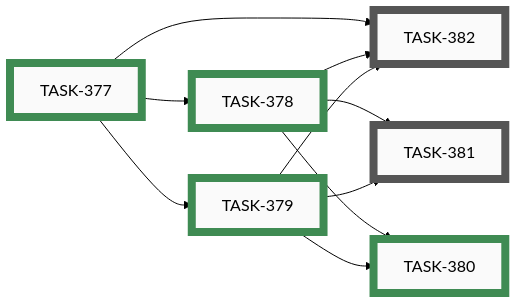
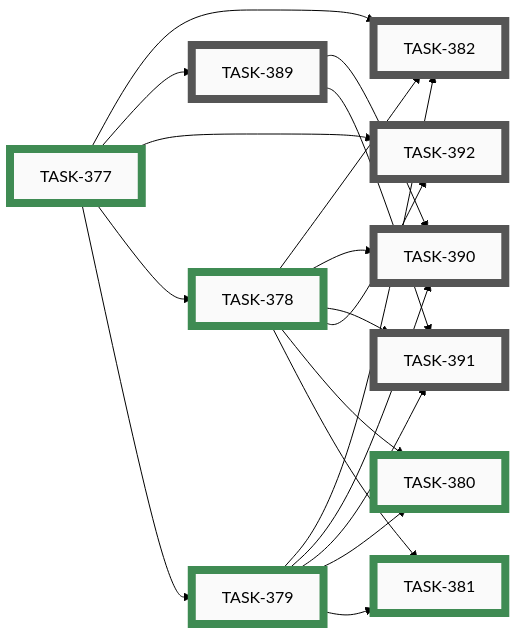
The ninth of 11 diagrams in docs/developers/tasks/EPICS.md (tgd1975/AwesomeGuitarPedal), drawn with Mermaid (forest theme) before and after one commit. The commit also changed other lines of this file and 7 other files, not shown here.

````diff
--- a/docs/developers/tasks/EPICS.md
+++ b/docs/developers/tasks/EPICS.md
@@ -305,32 +305,49 @@
 ```mermaid
 graph LR
-    TASK_381["TASK-381"]:::open
     TASK_382["TASK-382"]:::open
+    TASK_389["TASK-389"]:::open
+    TASK_390["TASK-390"]:::open
+    TASK_391["TASK-391"]:::open
+    TASK_392["TASK-392"]:::open
     TASK_377["TASK-377"]:::closed
     TASK_378["TASK-378"]:::closed
     TASK_379["TASK-379"]:::closed
     TASK_380["TASK-380"]:::closed
-    TASK_378 --> TASK_381
-    TASK_379 --> TASK_381
+    TASK_381["TASK-381"]:::closed
     TASK_377 --> TASK_382
     TASK_378 --> TASK_382
     TASK_379 --> TASK_382
+    TASK_377 --> TASK_389
+    TASK_378 --> TASK_390
+    TASK_379 --> TASK_390
+    TASK_389 --> TASK_390
+    TASK_378 --> TASK_391
+    TASK_379 --> TASK_391
+    TASK_389 --> TASK_391
+    TASK_377 --> TASK_392
+    TASK_378 --> TASK_392
     TASK_377 --> TASK_378
     TASK_377 --> TASK_379
     TASK_378 --> TASK_380
     TASK_379 --> TASK_380
-    click TASK_381 "open/task-381-configurator-named-pin-ux-autocomplete-validation-warning.md"
+    TASK_378 --> TASK_381
+    TASK_379 --> TASK_381
     click TASK_382 "open/task-382-named-pins-builder-docs-and-github-addition-process.md"
+    click TASK_389 "open/task-389-pin-names-catalog-service.md"
+    click TASK_390 "open/task-390-action-editor-named-pin-ux.md"
+    click TASK_391 "open/task-391-missing-mapping-warning-surfaces.md"
+    click TASK_392 "open/task-392-js-config-builder-pinnames-ux.md"
     click TASK_377 "closed/task-377-define-v1-standard-pin-name-set.md"
     click TASK_378 "closed/task-378-hardware-config-pinnames-mapping.md"
     click TASK_379 "closed/task-379-profile-schema-accept-named-pin-references.md"
     click TASK_380 "closed/task-380-esp32-resolve-named-pins-at-config-load.md"
+    click TASK_381 "closed/task-381-configurator-named-pin-ux-autocomplete-validation-warning.md"
     classDef open    fill:#FAFAFA,stroke:#555,stroke-width:8px,color:#000
     classDef active  fill:#FAFAFA,stroke:#1A6FA8,stroke-width:8px,color:#000
     classDef closed  fill:#FAFAFA,stroke:#3F8B53,stroke-width:8px,color:#000
     classDef paused  fill:#FAFAFA,stroke:#B07810,stroke-width:8px,color:#000
     classDef openExt    fill:#000,stroke:#888,stroke-width:8px,color:#FFF
     classDef activeExt  fill:#000,stroke:#3FA9F5,stroke-width:8px,color:#FFF
     classDef closedExt  fill:#000,stroke:#7CC68A,stroke-width:8px,color:#FFF
     classDef pausedExt  fill:#000,stroke:#F0B030,stroke-width:8px,color:#FFF
 ```
````
